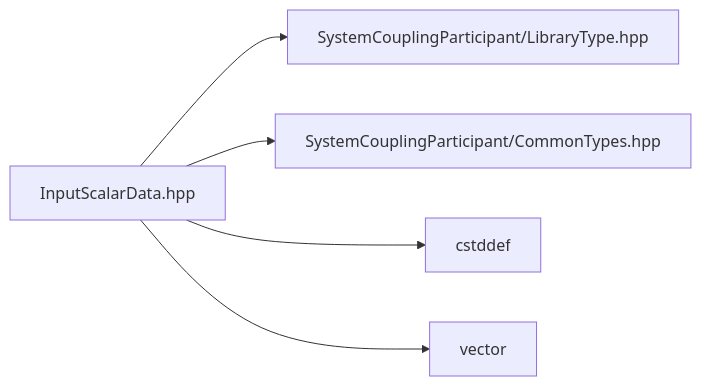
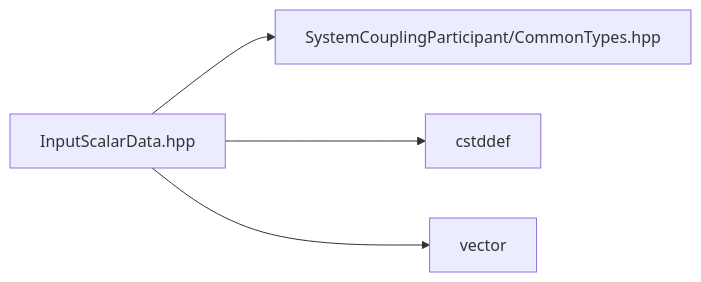
One commit to ansys/DevRelDocs changed the diagram in 2026R1/system-coupling-26-r1/articles/cpp-reference/InputScalarData_8hpp.md. Above: the diagram before and after it, drawn with Mermaid. The commit also changed other lines of this file and 377 other files, not shown here.

````diff
--- a/2026R1/system-coupling-26-r1/articles/cpp-reference/InputScalarData_8hpp.md
+++ b/2026R1/system-coupling-26-r1/articles/cpp-reference/InputScalarData_8hpp.md
@@ -26,18 +26,15 @@
 ```mermaid
 graph LR
-3["SystemCouplingParticipant/CommonTypes.hpp"]
-
 1["InputScalarData.hpp"]
 click 1 "InputScalarData_8hpp.md#InputScalarData_8hpp"
 1 --> 2
 1 --> 3
 1 --> 4
-1 --> 5
 
-5["vector"]
+2["SystemCouplingParticipant/CommonTypes.hpp"]
 
-2["SystemCouplingParticipant/LibraryType.hpp"]
+3["cstddef"]
 
-4["cstddef"]
+4["vector"]
 
 ```
````
